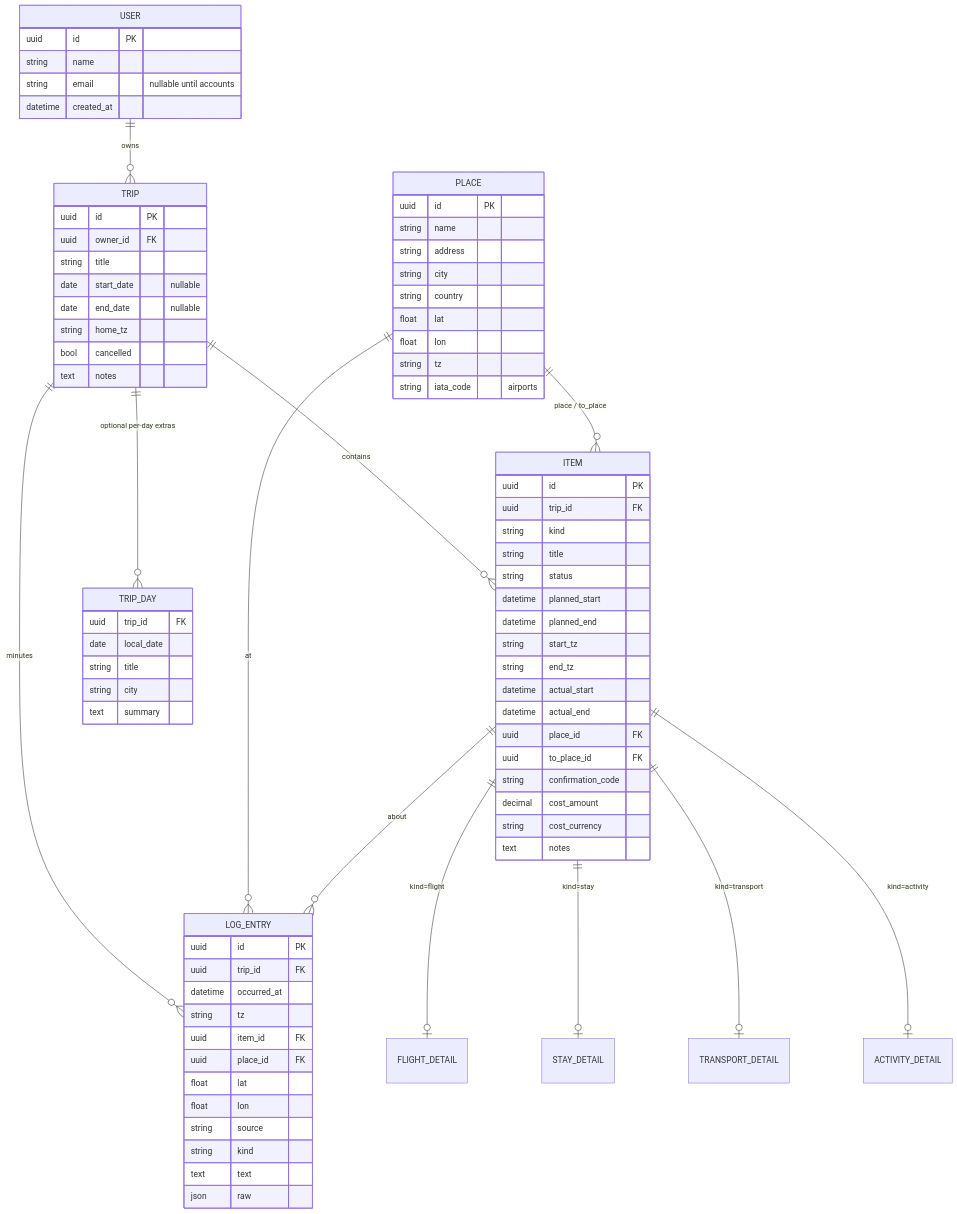
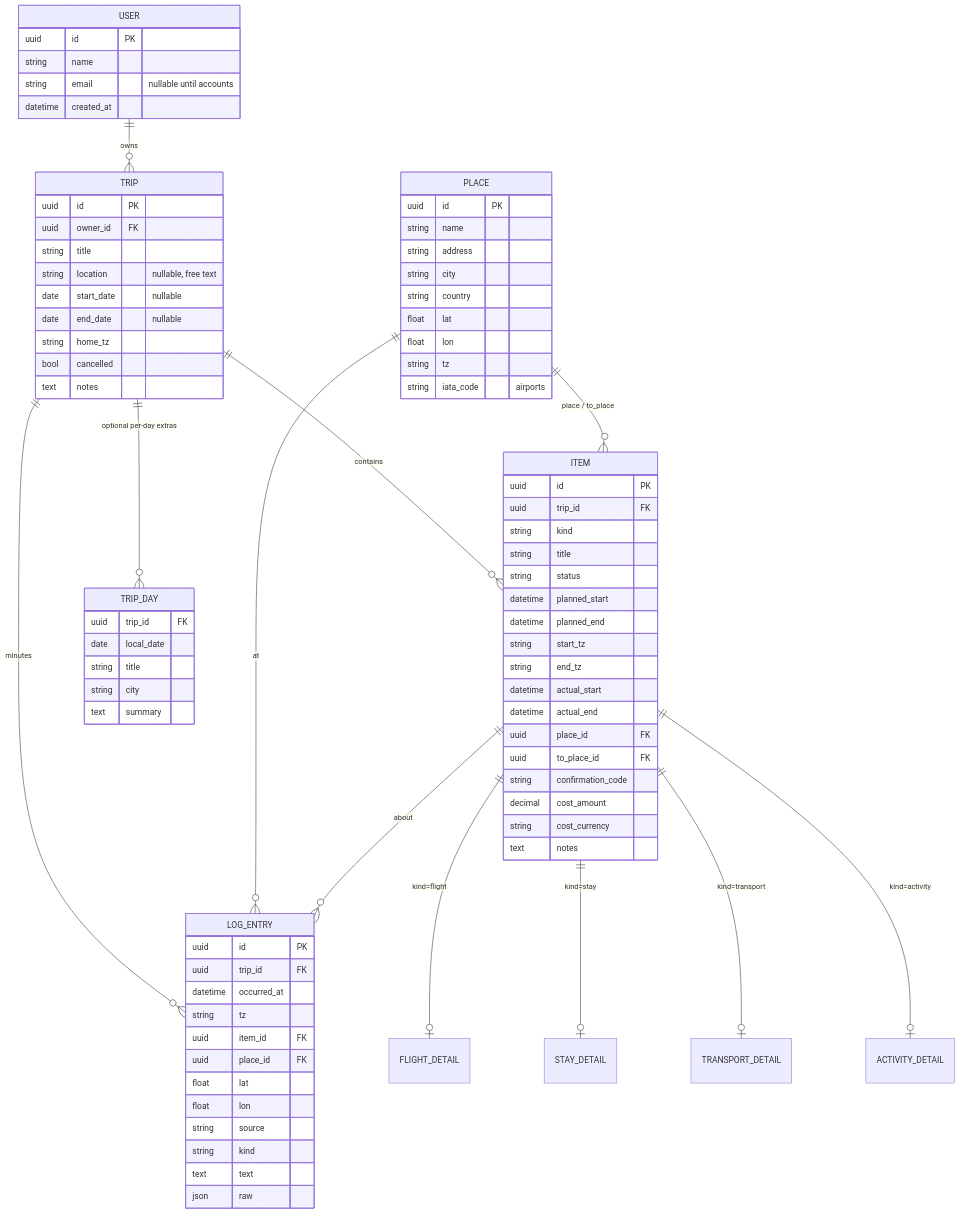
Before and after one commit to GavinSouth/ControlTower: the diagram in docs/ARCHITECTURE.md, drawn with Mermaid. The commit also changed other lines of this file and 29 other files, not shown here.

```diff
--- a/docs/ARCHITECTURE.md
+++ b/docs/ARCHITECTURE.md
@@ -41,6 +41,7 @@
         uuid id PK
         uuid owner_id FK
         string title
+        string location "nullable, free text"
         date start_date "nullable"
         date end_date "nullable"
         string home_tz
```
